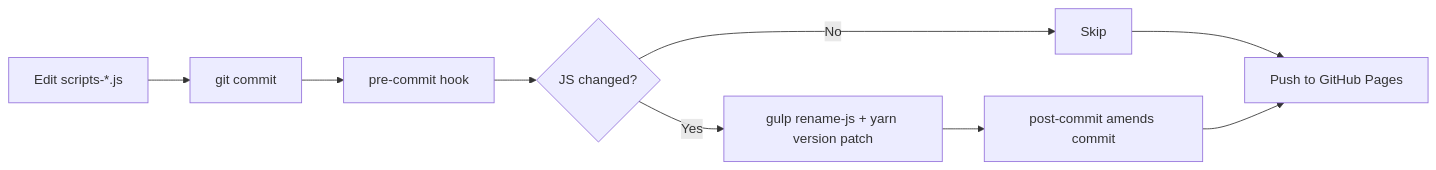
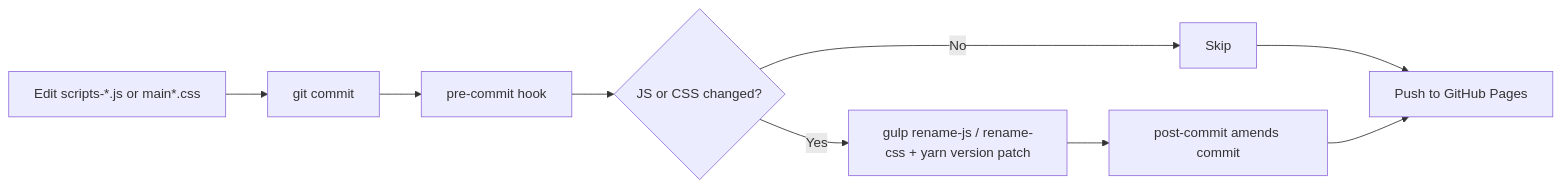
Before and after one commit to traleemasjidkicc/traleemasjidkicc.github.io: the third of 3 diagrams in README.md, drawn with Mermaid. The commit also changed other lines of this file and 13 other files, not shown here.

````diff
--- a/README.md
+++ b/README.md
@@ -132,11 +132,11 @@
 ```mermaid
 flowchart LR
-    A[Edit scripts-*.js] --> B[git commit]
+    A[Edit scripts-*.js or main*.css] --> B[git commit]
     B --> C[pre-commit hook]
-    C --> D{JS changed?}
-    D -->|Yes| E[gulp rename-js + yarn version patch]
+    C --> D{JS or CSS changed?}
+    D -->|Yes| E[gulp rename-js / rename-css + yarn version patch]
     D -->|No| F[Skip]
     E --> G[post-commit amends commit]
     F --> H[Push to GitHub Pages]
     G --> H
 ```
````
